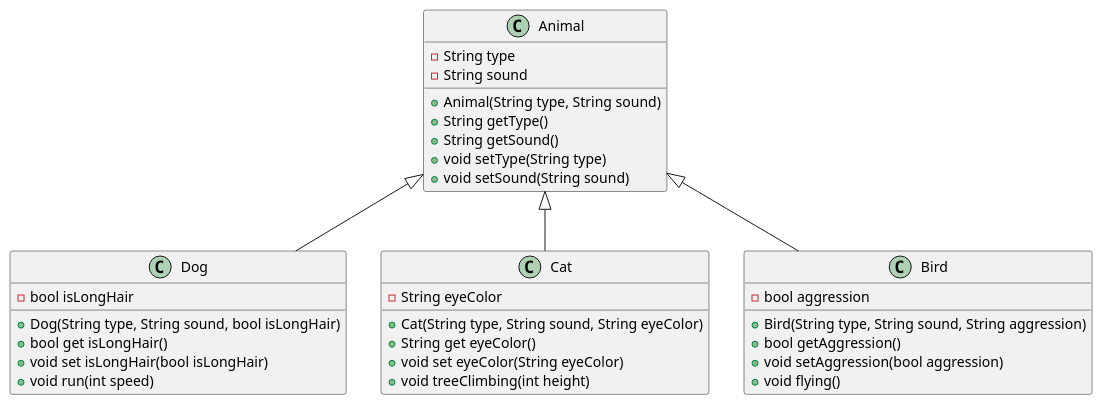
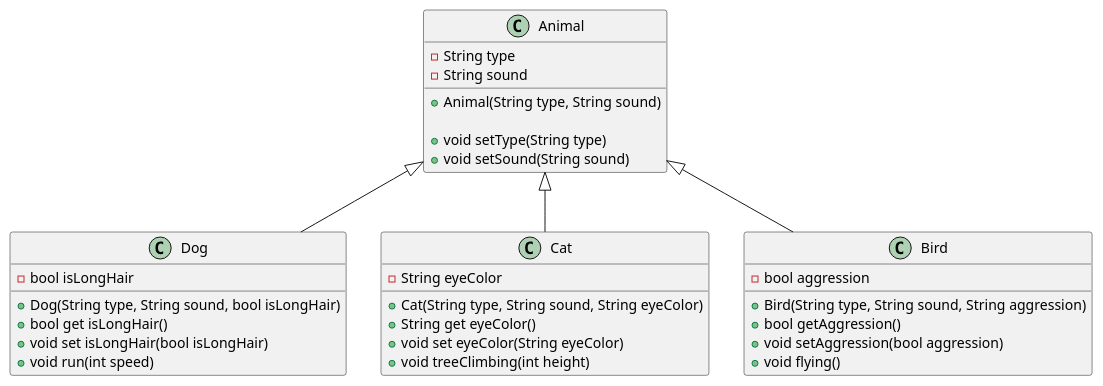
The diagram in dart_inheritance/animal.puml (SeSAC-Flutter-6/learn_dart_together), drawn with PlantUML before and after one commit. The commit also changed 10 other files, not shown here.

```diff
--- a/dart_inheritance/animal.puml
+++ b/dart_inheritance/animal.puml
@@ -1,38 +1,37 @@
 @startuml
 
 scale 1
 
 class Animal {
     -String type
     -String sound
 
     +Animal(String type, String sound)
-    +String getType()
-    +String getSound()
+
     +void setType(String type)
     +void setSound(String sound)
 }
 
 class Dog extends Animal {
     -bool isLongHair
     +Dog(String type, String sound, bool isLongHair)
     +bool get isLongHair()
     +void set isLongHair(bool isLongHair)
     +void run(int speed)
 }
 class Cat extends Animal {
     -String eyeColor
     +Cat(String type, String sound, String eyeColor)
     +String get eyeColor()
     +void set eyeColor(String eyeColor)
     +void treeClimbing(int height)
 }
 class Bird extends Animal {
     -bool aggression
     +Bird(String type, String sound, String aggression)
     +bool getAggression()
     +void setAggression(bool aggression)
     +void flying()
 }
 
 @enduml
```
